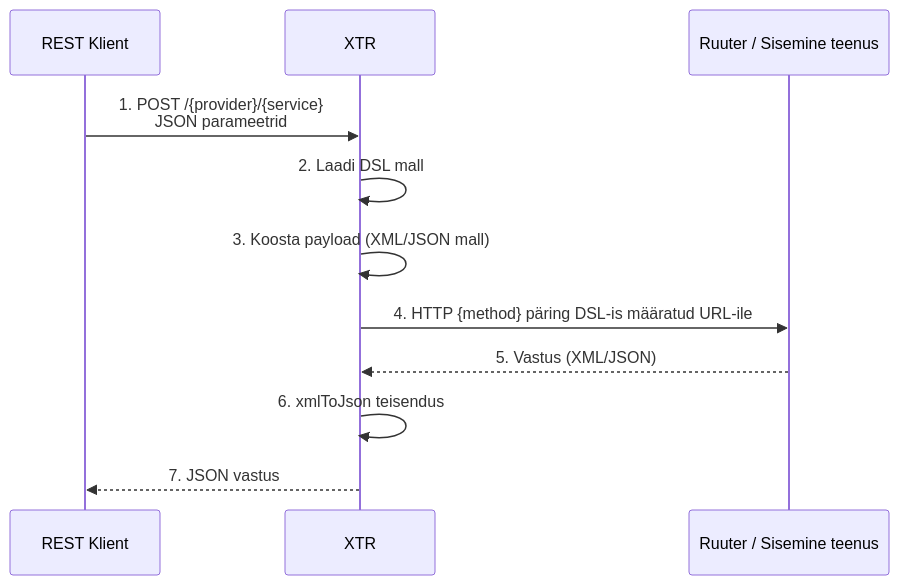
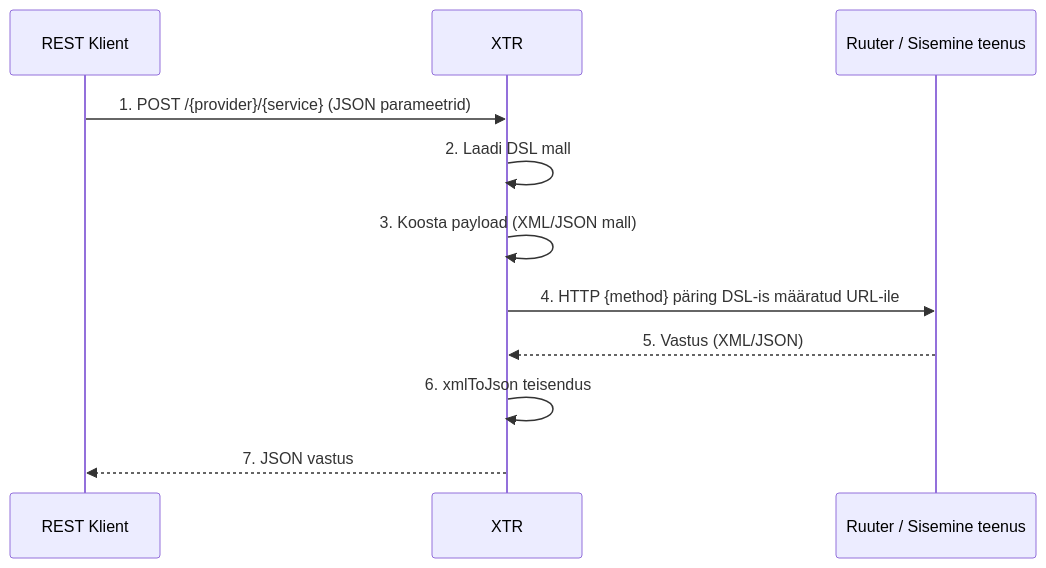
Before and after one commit to kemit-ee/ljvis-2: the third of 4 diagrams in docs/xtee_implementatsioon.md, drawn with Mermaid. The commit also changed other lines of this file, not shown here.

Commit message:
docs(xtee): fix Mermaid diagram validation errors

````diff
--- a/docs/xtee_implementatsioon.md
+++ b/docs/xtee_implementatsioon.md
@@ -84,14 +84,14 @@
 ```mermaid
 sequenceDiagram
     participant Klient as REST Klient
     participant XTR as XTR
     participant Ruuter as Ruuter / Sisemine teenus
 
-    Klient->>XTR: 1. POST /{provider}/{service}<br/>JSON parameetrid
+    Klient->>XTR: 1. POST /{provider}/{service} (JSON parameetrid)
     XTR->>XTR: 2. Laadi DSL mall
     XTR->>XTR: 3. Koosta payload (XML/JSON mall)
     XTR->>Ruuter: 4. HTTP {method} päring DSL-is määratud URL-ile
     Ruuter-->>XTR: 5. Vastus (XML/JSON)
     XTR->>XTR: 6. xmlToJson teisendus
     XTR-->>Klient: 7. JSON vastus
 ```
````
